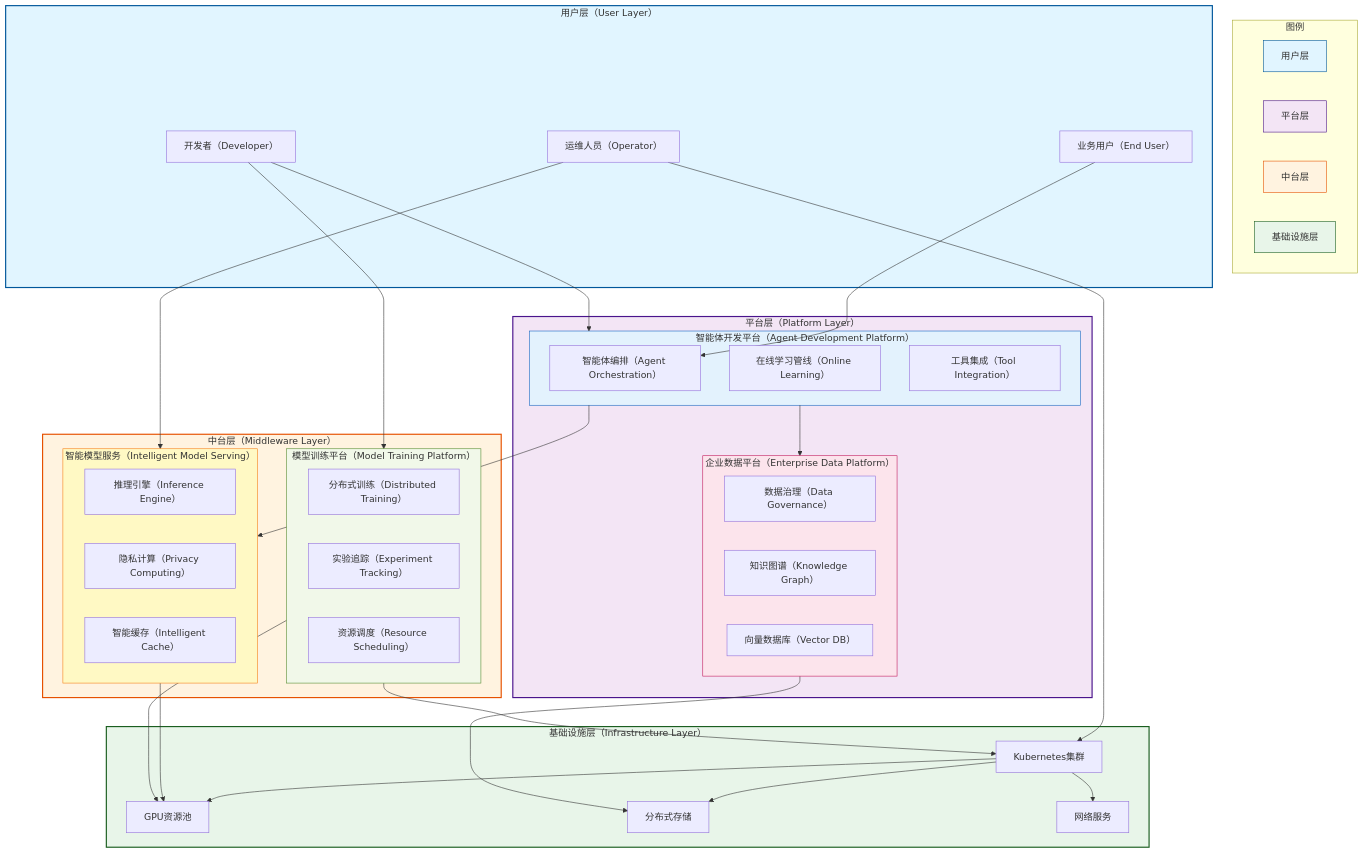
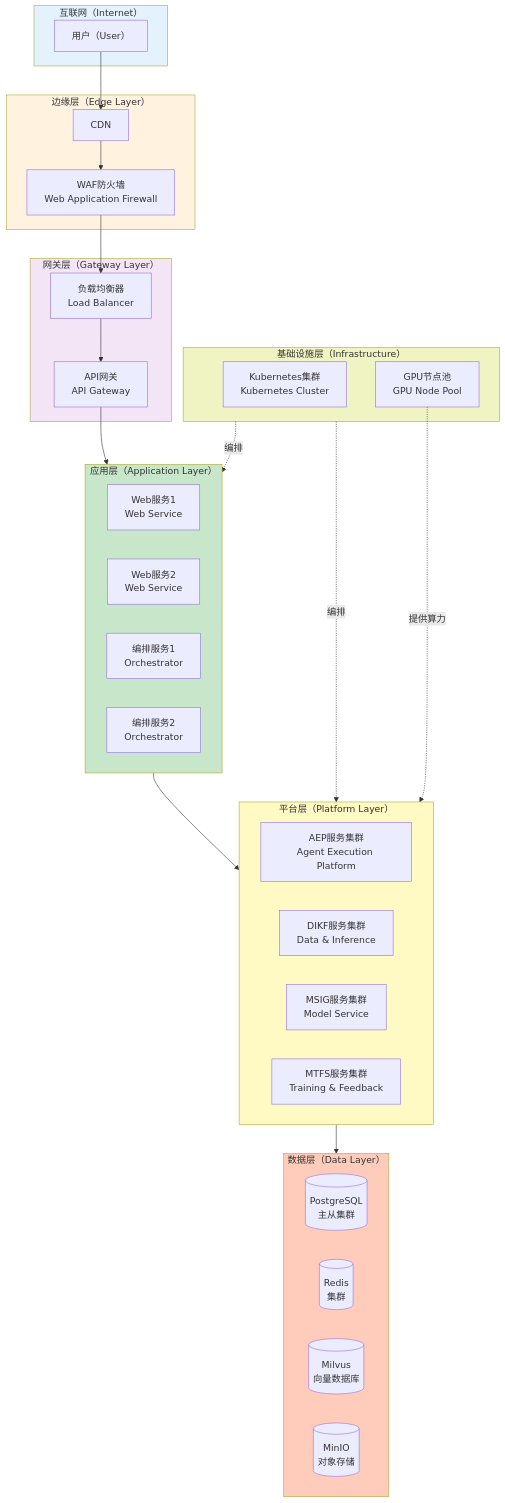
The sixth of 6 diagrams in README-zh.md (turtacn/OpenEAAP), drawn with Mermaid before and after one commit. The commit also changed other lines of this file and 1 other file, not shown here.

````diff
--- a/README-zh.md
+++ b/README-zh.md
@@ -116,87 +307,63 @@
 ```mermaid
 graph TB
-    %% 图例
-    subgraph Legend[图例]
-        L1[用户层]
-        L2[平台层]
-        L3[中台层]
-        L4[基础设施层]
-        style L1 fill:#e1f5ff,stroke:#01579b
-        style L2 fill:#f3e5f5,stroke:#4a148c
-        style L3 fill:#fff3e0,stroke:#e65100
-        style L4 fill:#e8f5e9,stroke:#1b5e20
+    subgraph INTERNET[互联网（Internet）]
+        USER[用户（User）]
     end
-
-    %% 用户层
-    subgraph UL[用户层（User Layer）]
-        DEV[开发者（Developer）]
-        OPS[运维人员（Operator）]
-        USER[业务用户（End User）]
+    
+    subgraph EDGE[边缘层（Edge Layer）]
+        CDN[CDN]
+        WAF[WAF防火墙<br/>Web Application Firewall]
     end
-
-    %% 平台层
-    subgraph PL[平台层（Platform Layer）]
-        subgraph ADP[智能体开发平台（Agent Development Platform）]
-            ADP1[智能体编排（Agent Orchestration）]
-            ADP2[在线学习管线（Online Learning）]
-            ADP3[工具集成（Tool Integration）]
-        end
-        
-        subgraph EDP[企业数据平台（Enterprise Data Platform）]
-            EDP1[数据治理（Data Governance）]
-            EDP2[知识图谱（Knowledge Graph）]
-            EDP3[向量数据库（Vector DB）]
-        end
+    
+    subgraph GATEWAY[网关层（Gateway Layer）]
+        LB[负载均衡器<br/>Load Balancer]
+        APIGW[API网关<br/>API Gateway]
     end
-
-    %% 中台层
-    subgraph ML[中台层（Middleware Layer）]
-        subgraph IMS[智能模型服务（Intelligent Model Serving）]
-            IMS1[推理引擎（Inference Engine）]
-            IMS2[隐私计算（Privacy Computing）]
-            IMS3[智能缓存（Intelligent Cache）]
-        end
-        
-        subgraph MTP[模型训练平台（Model Training Platform）]
-            MTP1[分布式训练（Distributed Training）]
-            MTP2[实验追踪（Experiment Tracking）]
-            MTP3[资源调度（Resource Scheduling）]
-        end
+    
+    subgraph APP层[应用层（Application Layer）]
+        WEB1[Web服务1<br/>Web Service]
+        WEB2[Web服务2<br/>Web Service]
+        ORCH1[编排服务1<br/>Orchestrator]
+        ORCH2[编排服务2<br/>Orchestrator]
     end
-
-    %% 基础设施层
-    subgraph IL[基础设施层（Infrastructure Layer）]
-        K8S[Kubernetes集群]
-        GPU[GPU资源池]
-        STORAGE[分布式存储]
-        NETWORK[网络服务]
+    
+    subgraph PLATFORM[平台层（Platform Layer）]
+        AEP[AEP服务集群<br/>Agent Execution Platform]
+        DIKF[DIKF服务集群<br/>Data & Inference]
+        MSIG[MSIG服务集群<br/>Model Service]
+        MTFS[MTFS服务集群<br/>Training & Feedback]
     end
-
-    %% 连接关系
-    DEV --> ADP
-    DEV --> MTP
-    OPS --> IMS
-    OPS --> K8S
-    USER --> ADP1
     
-    ADP --> EDP
-    ADP --> IMS
-    EDP --> STORAGE
-    IMS --> GPU
-    MTP --> GPU
-    MTP --> K8S
+    subgraph DATA[数据层（Data Layer）]
+        PG[(PostgreSQL<br/>主从集群)]
+        REDIS[(Redis<br/>集群)]
+        MILVUS[(Milvus<br/>向量数据库)]
+        MINIO[(MinIO<br/>对象存储)]
+    end
     
-    K8S --> GPU
-    K8S --> STORAGE
-    K8S --> NETWORK
-    %% 样式定义
-    style UL fill:#e1f5ff,stroke:#01579b,stroke-width:2px
-    style PL fill:#f3e5f5,stroke:#4a148c,stroke-width:2px
-    style ML fill:#fff3e0,stroke:#e65100,stroke-width:2px
-    style IL fill:#e8f5e9,stroke:#1b5e20,stroke-width:2px
+    subgraph K8S[基础设施层（Infrastructure）]
+        CLUSTER[Kubernetes集群<br/>Kubernetes Cluster]
+        GPU[GPU节点池<br/>GPU Node Pool]
+    end
     
-    style ADP fill:#e3f2fd,stroke:#1565c0
-    style EDP fill:#fce4ec,stroke:#c2185b
-    style IMS fill:#fff9c4,stroke:#f57f17
-    style MTP fill:#f1f8e9,stroke:#558b2f
+    USER --> CDN
+    CDN --> WAF
+    WAF --> LB
+    LB --> APIGW
+    
+    APIGW --> APP层
+    APP层--> PLATFORM
+    PLATFORM --> DATA
+    
+    K8S -.编排.-> APP层
+    K8S -.编排.-> PLATFORM
+    GPU -.提供算力.-> PLATFORM
+    
+    style INTERNET fill:#e3f2fd
+    style EDGE fill:#fff3e0
+    style GATEWAY fill:#f3e5f5
+    style APP层 fill:#c8e6c9
+    style PLATFORM fill:#fff9c4
+    style DATA fill:#ffccbc
+    style K8S fill:#f0f4c3
 ```
````
